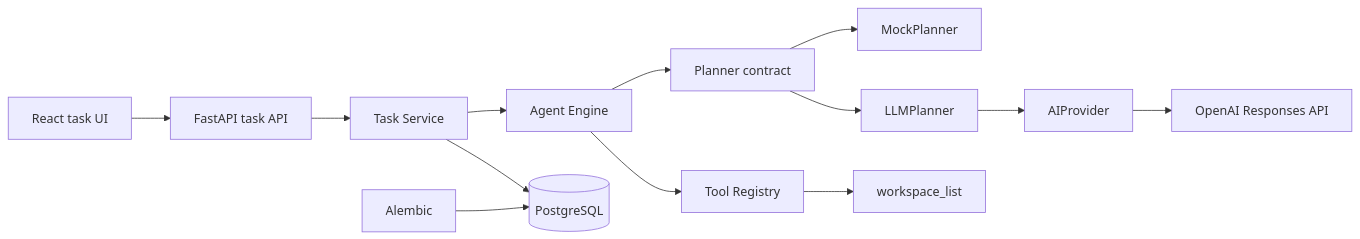
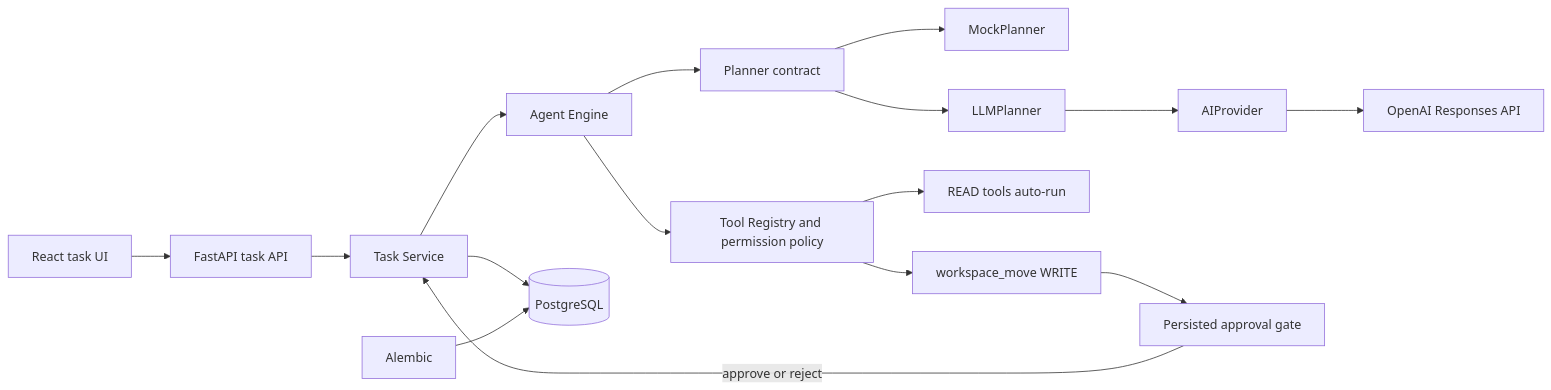
One commit to EstiveJobson/aura changed the diagram in README.md. Above: the diagram before and after it, drawn with Mermaid. The commit also changed other lines of this file and 32 other files, not shown here.

Commit message:
feat: add guarded workspace tools and approvals

````diff
--- a/README.md
+++ b/README.md
@@ -33,15 +34,18 @@
 ```mermaid
 flowchart LR
     UI[React task UI] --> API[FastAPI task API]
     API --> SERVICE[Task Service]
     SERVICE --> ENGINE[Agent Engine]
     ENGINE --> PLANNER[Planner contract]
     PLANNER --> MOCK[MockPlanner]
     PLANNER --> LLM[LLMPlanner]
     LLM --> PROVIDER[AIProvider]
     PROVIDER --> OPENAI[OpenAI Responses API]
-    ENGINE --> REGISTRY[Tool Registry]
-    REGISTRY --> TOOL[workspace_list]
+    ENGINE --> REGISTRY[Tool Registry and permission policy]
+    REGISTRY --> READ[READ tools auto-run]
+    REGISTRY --> WRITE[workspace_move WRITE]
+    WRITE --> APPROVAL[Persisted approval gate]
+    APPROVAL -->|approve or reject| SERVICE
     SERVICE --> DB[(PostgreSQL)]
     MIG[Alembic] --> DB
 ```
````
